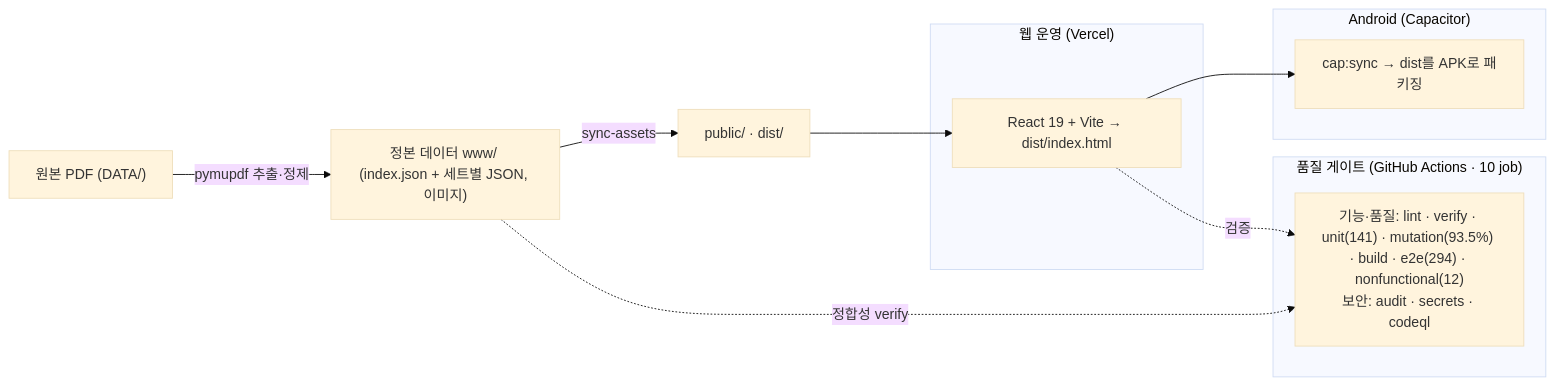
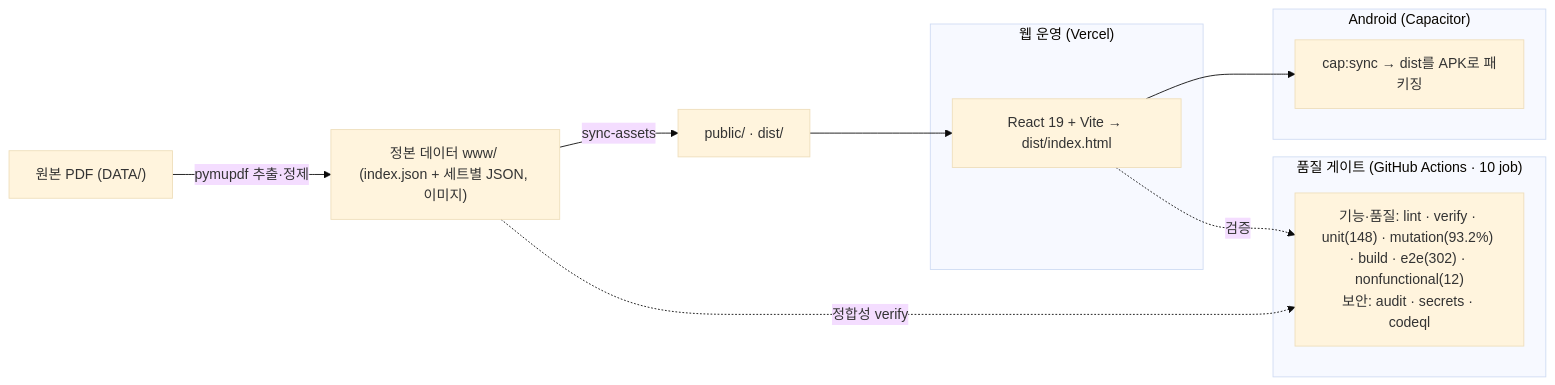
Before and after one commit to WindowHyun/ISTQB: the diagram in README.md, drawn with Mermaid (base theme). The commit also changed other lines of this file and 16 other files, not shown here.

````diff
--- a/README.md
+++ b/README.md
@@ -179,20 +179,20 @@
 ```mermaid
 flowchart LR
   PDF["원본 PDF (DATA/)"] -->|pymupdf 추출·정제| SRC["정본 데이터 www/ (index.json + 세트별 JSON, 이미지)"]
   SRC -->|sync-assets| PUB["public/ · dist/"]
 
   subgraph 웹_운영["웹 운영 (Vercel)"]
     REACT["React 19 + Vite → dist/index.html"]
   end
   subgraph APK["Android (Capacitor)"]
     CAP["cap:sync → dist를 APK로 패키징"]
   end
   PUB --> REACT
   REACT --> CAP
 
   subgraph 품질["품질 게이트 (GitHub Actions · 10 job)"]
-    CI["기능·품질: lint · verify · unit(141) · mutation(93.5%) · build · e2e(294) · nonfunctional(12)<br/>보안: audit · secrets · codeql"]
+    CI["기능·품질: lint · verify · unit(148) · mutation(93.2%) · build · e2e(302) · nonfunctional(12)<br/>보안: audit · secrets · codeql"]
   end
   REACT -.검증.-> CI
   SRC -.정합성 verify.-> CI
 ```
````
